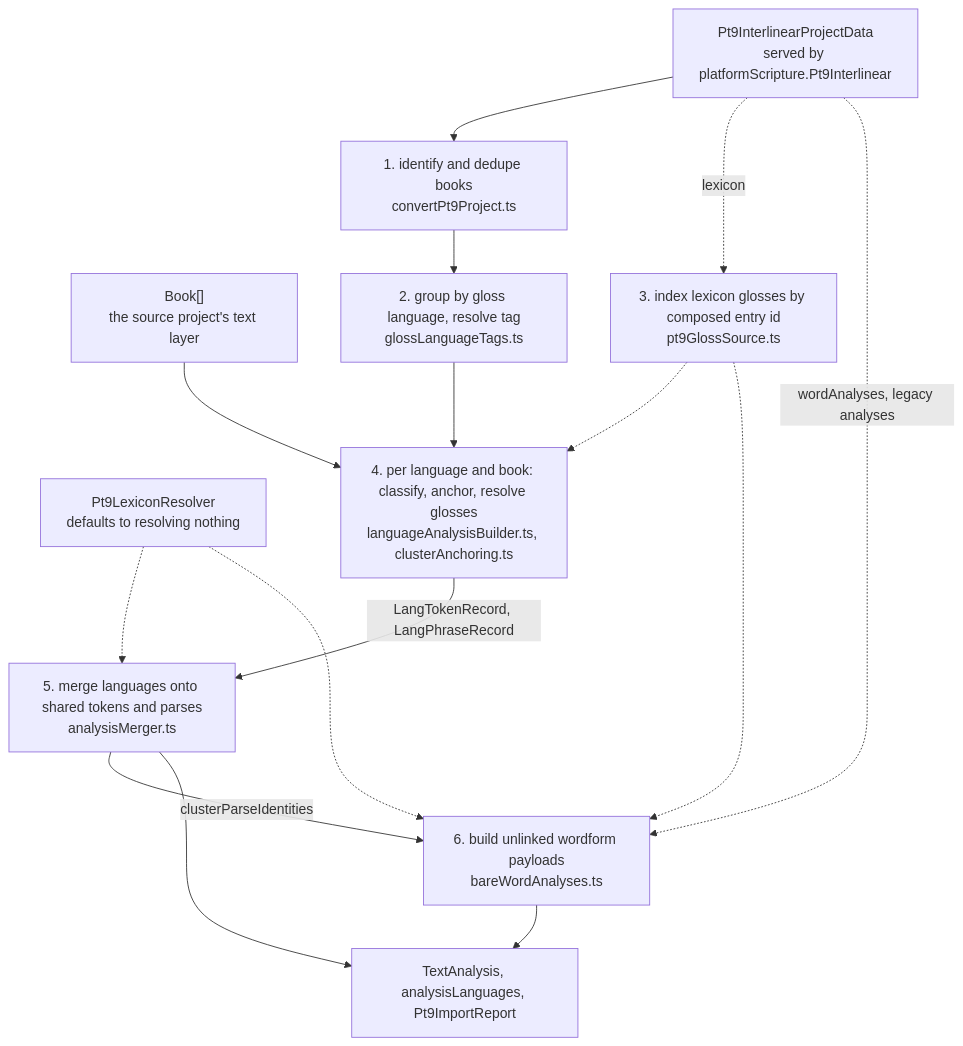
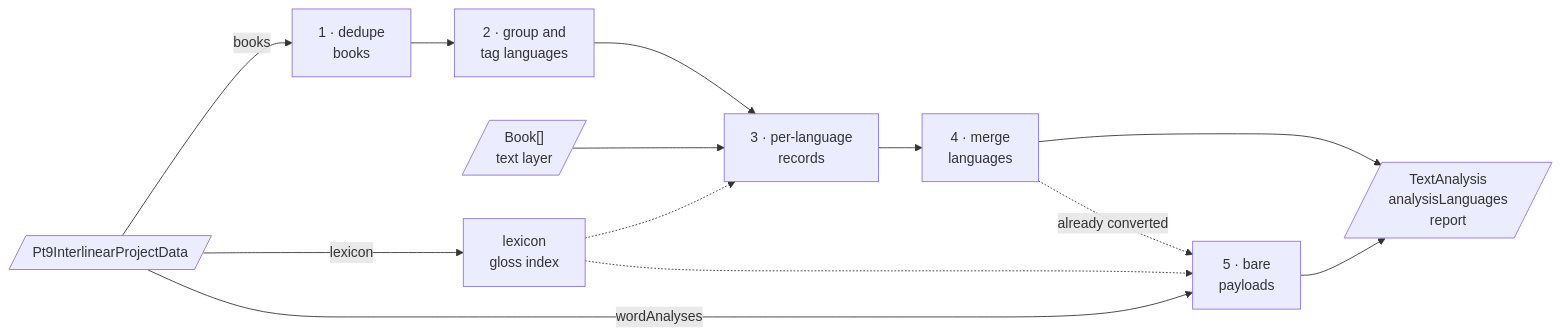
One commit to sillsdev/interlinearizer-extension changed the diagram in src/converters/pt9/pipeline.md. Above: the diagram before and after it, drawn with Mermaid. The commit also changed other lines of this file, not shown here.

Commit message:
Redraw the pipeline as lanes, not a tangle
The top-down flow ranked the merge stage off to one side and dragged the
lexicon and wordAnalyses edges across the whole canvas, so the shape said
nothing. Left-to-right puts the four-step books chain along the top and the
single-step wordAnalyses lane along the bottom, both converging on one
TextAnalysis, which is what the code actually does.

The gloss index stops being stage 3: it is a lookup both lanes query, not a
step in either, so it is named rather than numbered and the chain renumbers
from six stages to five.

````diff
--- a/src/converters/pt9/pipeline.md
+++ b/src/converters/pt9/pipeline.md
@@ -14,24 +19,17 @@
 ```mermaid
-flowchart TD
-  IN1["Pt9InterlinearProjectData<br/>served by platformScripture.Pt9Interlinear"]
-  IN2["Book[]<br/>the source project's text layer"]
-  RES["Pt9LexiconResolver<br/>defaults to resolving nothing"]
+flowchart LR
+  IN[/"Pt9InterlinearProjectData"/]
+  IN -->|books| A1["1 · dedupe<br/>books"]
+  A1 --> A2["2 · group and<br/>tag languages"]
+  A2 --> A3["3 · per-language<br/>records"]
+  A3 --> A4["4 · merge<br/>languages"]
+  A4 --> OUT[/"TextAnalysis<br/>analysisLanguages<br/>report"/]
 
-  IN1 --> S1["1. identify and dedupe books<br/>convertPt9Project.ts"]
-  S1 --> S2["2. group by gloss language, resolve tag<br/>glossLanguageTags.ts"]
-  IN1 -. "lexicon" .-> S3["3. index lexicon glosses by composed entry id<br/>pt9GlossSource.ts"]
-
-  S2 --> S4["4. per language and book: classify, anchor, resolve glosses<br/>languageAnalysisBuilder.ts, clusterAnchoring.ts"]
-  IN2 --> S4
-  S3 -.-> S4
-
-  S4 -->|"LangTokenRecord, LangPhraseRecord"| S5["5. merge languages onto shared tokens and parses<br/>analysisMerger.ts"]
-  S5 -->|"clusterParseIdentities"| S6["6. build unlinked wordform payloads<br/>bareWordAnalyses.ts"]
-  IN1 -. "wordAnalyses, legacy analyses" .-> S6
-  S3 -.-> S6
-  RES -.-> S5
-  RES -.-> S6
-
-  S5 --> OUT["TextAnalysis, analysisLanguages, Pt9ImportReport"]
-  S6 --> OUT
+  TEXT[/"Book[]<br/>text layer"/] --> A3
+  IN -->|lexicon| LEX["lexicon<br/>gloss index"]
+  IN -->|wordAnalyses| B1["5 · bare<br/>payloads"]
+  LEX -.-> A3
+  LEX -.-> B1
+  A4 -.->|already converted| B1
+  B1 --> OUT
 ```
````
